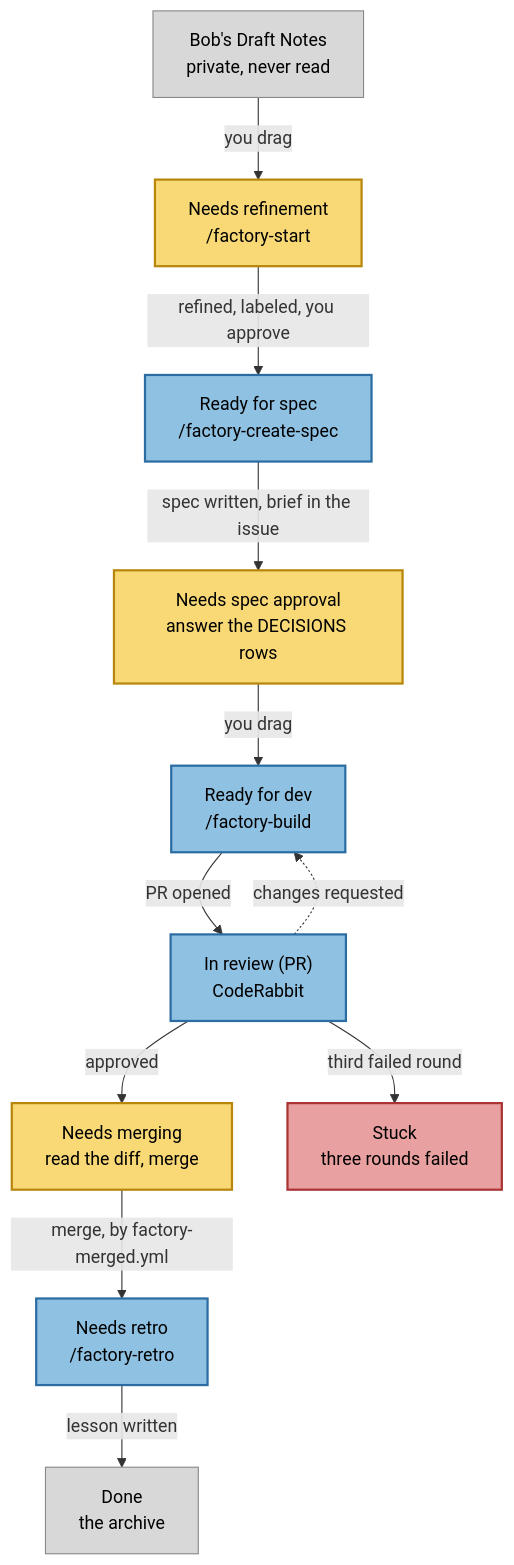
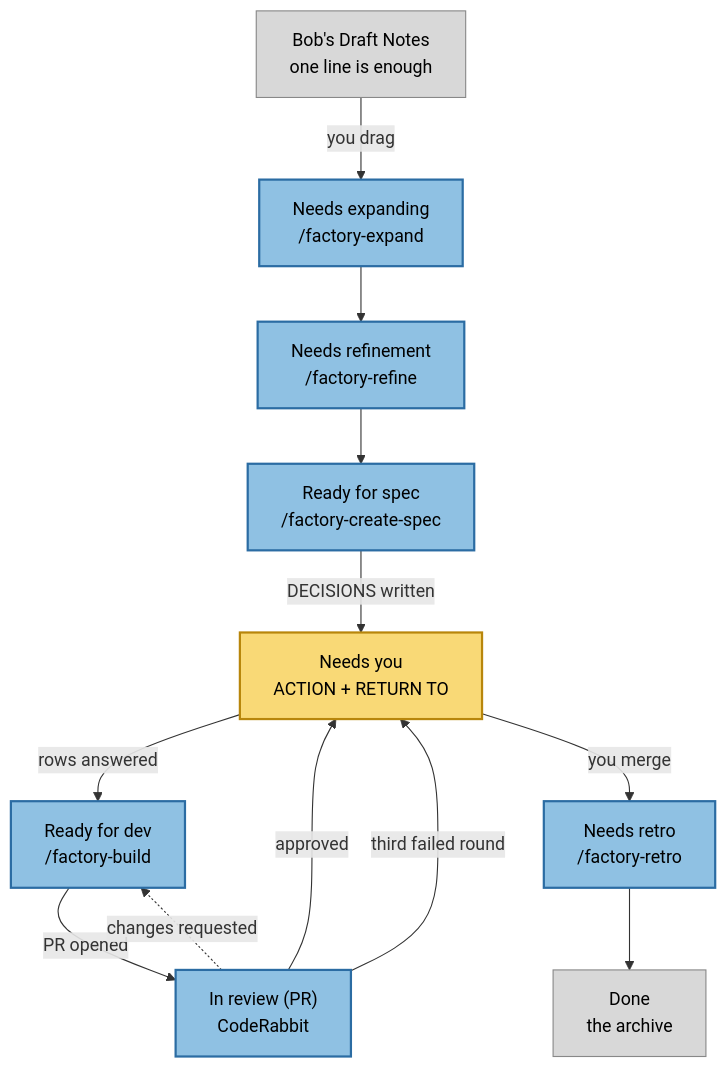
One commit to BobDempsey/software-factory changed the diagram in docs/architecture.md. Above: the diagram before and after it, drawn with Mermaid. The commit also changed other lines of this file and 14 other files, not shown here.

First line of the commit message:
Collapse every human column into Needs you

````diff
--- a/docs/architecture.md
+++ b/docs/architecture.md
@@ -10,35 +12,33 @@
 ```mermaid
 flowchart TD
     classDef you fill:#f9d976,stroke:#b8860b,stroke-width:2px,color:#000
     classDef agent fill:#8fc1e3,stroke:#2b6ca3,stroke-width:2px,color:#000
     classDef quiet fill:#d8d8d8,stroke:#888,stroke-width:1px,color:#000
-    classDef stuck fill:#e8a0a0,stroke:#a33,stroke-width:2px,color:#000
 
-    DRAFT["Bob's Draft Notes<br/>private, never read"]
-    REFINE["Needs refinement<br/>/factory-start"]
+    DRAFT["Bob's Draft Notes<br/>one line is enough"]
+    EXPAND["Needs expanding<br/>/factory-expand"]
+    REFINE["Needs refinement<br/>/factory-refine"]
     SPEC["Ready for spec<br/>/factory-create-spec"]
-    APPROVE["Needs spec approval<br/>answer the DECISIONS rows"]
     DEV["Ready for dev<br/>/factory-build"]
     REVIEW["In review (PR)<br/>CodeRabbit"]
-    MERGE["Needs merging<br/>read the diff, merge"]
     RETRO["Needs retro<br/>/factory-retro"]
-    STUCK["Stuck<br/>three rounds failed"]
+    YOU["Needs you<br/>ACTION + RETURN TO"]
     DONE["Done<br/>the archive"]
 
-    DRAFT -->|you drag| REFINE
-    REFINE -->|refined, labeled, you approve| SPEC
-    SPEC -->|spec written, brief in the issue| APPROVE
-    APPROVE -->|you drag| DEV
+    DRAFT -->|you drag| EXPAND
+    EXPAND --> REFINE
+    REFINE --> SPEC
+    SPEC -->|DECISIONS written| YOU
+    YOU -->|rows answered| DEV
     DEV -->|PR opened| REVIEW
-    REVIEW -->|approved| MERGE
     REVIEW -.->|changes requested| DEV
-    REVIEW -->|third failed round| STUCK
-    MERGE -->|merge, by factory-merged.yml| RETRO
-    RETRO -->|lesson written| DONE
+    REVIEW -->|approved| YOU
+    REVIEW -->|third failed round| YOU
+    YOU -->|you merge| RETRO
+    RETRO --> DONE
 
     class DRAFT quiet
-    class REFINE,APPROVE,MERGE you
-    class SPEC,DEV,REVIEW,RETRO agent
-    class STUCK stuck
+    class YOU you
+    class EXPAND,REFINE,SPEC,DEV,REVIEW,RETRO agent
     class DONE quiet
 ```
````
